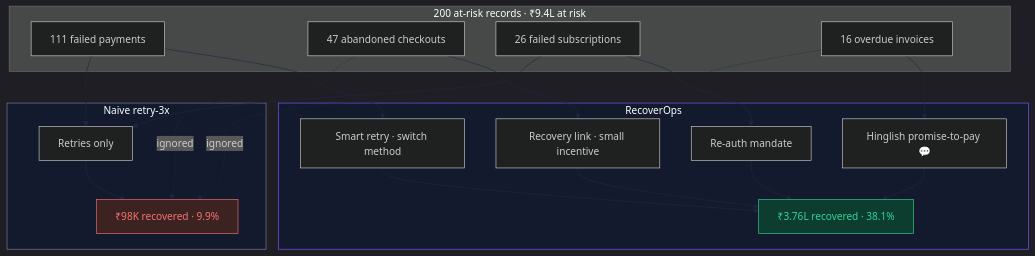
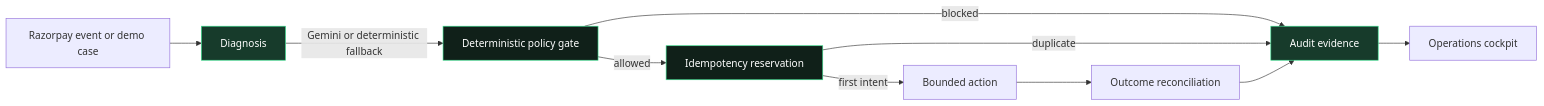
The diagram in README.md (algosavant3010/Recoverops), drawn with Mermaid before and after one commit. The commit also changed other lines of this file, not shown here.

Commit message:
docs: align README with deployed RecoverOps demo

````diff
--- a/README.md
+++ b/README.md
@@ -91,43 +55,17 @@
 ```mermaid
-%%{init: {'theme':'dark', 'themeVariables': {'primaryColor': '#7c5cff', 'primaryTextColor':'#f4f6fb', 'lineColor':'#1f2740'}}}%%
-graph TB
-    subgraph Batch["200 at-risk records · ₹9.4L at risk"]
-        F[111 failed payments]
-        A[47 abandoned checkouts]
-        S[26 failed subscriptions]
-        I[16 overdue invoices]
-    end
+flowchart LR
+    E[Razorpay event or demo case] --> D[Diagnosis]
+    D -->|Gemini or deterministic fallback| P[Deterministic policy gate]
+    P -->|blocked| A[Audit evidence]
+    P -->|allowed| I[Idempotency reservation]
+    I -->|first intent| X[Bounded action]
+    I -->|duplicate| A
+    X --> R[Outcome reconciliation]
+    R --> A
+    A --> O[Operations cockpit]
 
-    subgraph Naive["Naive retry-3x"]
-        NF[Retries only]
-        NR[₹98K recovered · 9.9%]
-    end
-
-    subgraph Ours["RecoverOps"]
-        RF[Smart retry · switch method]
-        RA[Recovery link · small incentive]
-        RS[Re-auth mandate]
-        RI["Hinglish promise-to-pay 💬"]
-        RR[₹3.76L recovered · 38.1%]
-    end
-
-    F --> NF
-    S --> NF
-    A -.->|"ignored"| NR
-    I -.->|"ignored"| NR
-    NF --> NR
-
-    F --> RF
-    S --> RS
-    A --> RA
-    I --> RI
-    RF --> RR
-    RA --> RR
-    RS --> RR
-    RI --> RR
-
-    style Naive fill:#141a2e,stroke:#7d879e
-    style Ours fill:#141a2e,stroke:#7c5cff
-    style RR fill:#0d3d2e,stroke:#34d399,color:#34d399
-    style NR fill:#3d2222,stroke:#f87171,color:#f87171
+    style D fill:#173b2b,color:#fff,stroke:#38e08e
+    style P fill:#102019,color:#fff,stroke:#38e08e
+    style I fill:#102019,color:#fff,stroke:#38e08e
+    style A fill:#173b2b,color:#fff,stroke:#38e08e
 ```
````
